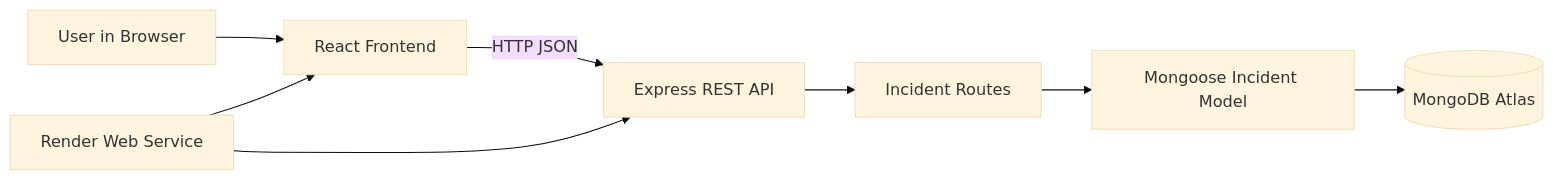
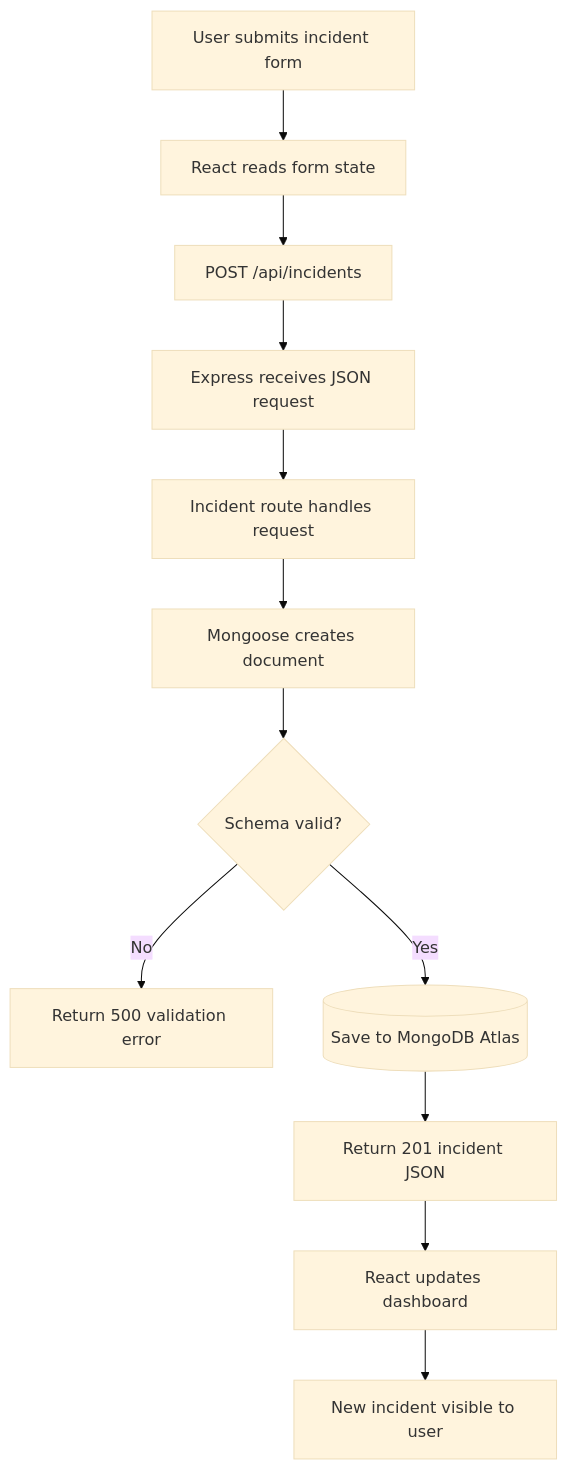
One commit to kuldeeppatil2911/cortexops changed the second of 3 diagrams in README.md. Above: the diagram before and after it, drawn with Mermaid (base theme). The commit also changed other lines of this file, not shown here.

Commit message:
Clean up README architecture diagrams

````diff
--- a/README.md
+++ b/README.md
@@ -35,10 +66,15 @@
 ```mermaid
-flowchart LR
-    User[User in Browser] --> UI[React Frontend]
-    UI -->|HTTP JSON| API[Express REST API]
-    API --> Routes[Incident Routes]
-    Routes --> Model[Mongoose Incident Model]
-    Model --> DB[(MongoDB Atlas)]
-    Render[Render Web Service] --> API
-    Render --> UI
+flowchart TD
+    START[User submits incident form]
+    START --> STATE[React reads form state]
+    STATE --> REQUEST[POST /api/incidents]
+    REQUEST --> API[Express receives JSON request]
+    API --> ROUTE[Incident route handles request]
+    ROUTE --> MODEL[Mongoose creates document]
+    MODEL --> CHECK{Schema valid?}
+    CHECK -->|No| ERROR[Return 500 validation error]
+    CHECK -->|Yes| SAVE[(Save to MongoDB Atlas)]
+    SAVE --> RESPONSE[Return 201 incident JSON]
+    RESPONSE --> UPDATE[React updates dashboard]
+    UPDATE --> END[New incident visible to user]
 ```
````
